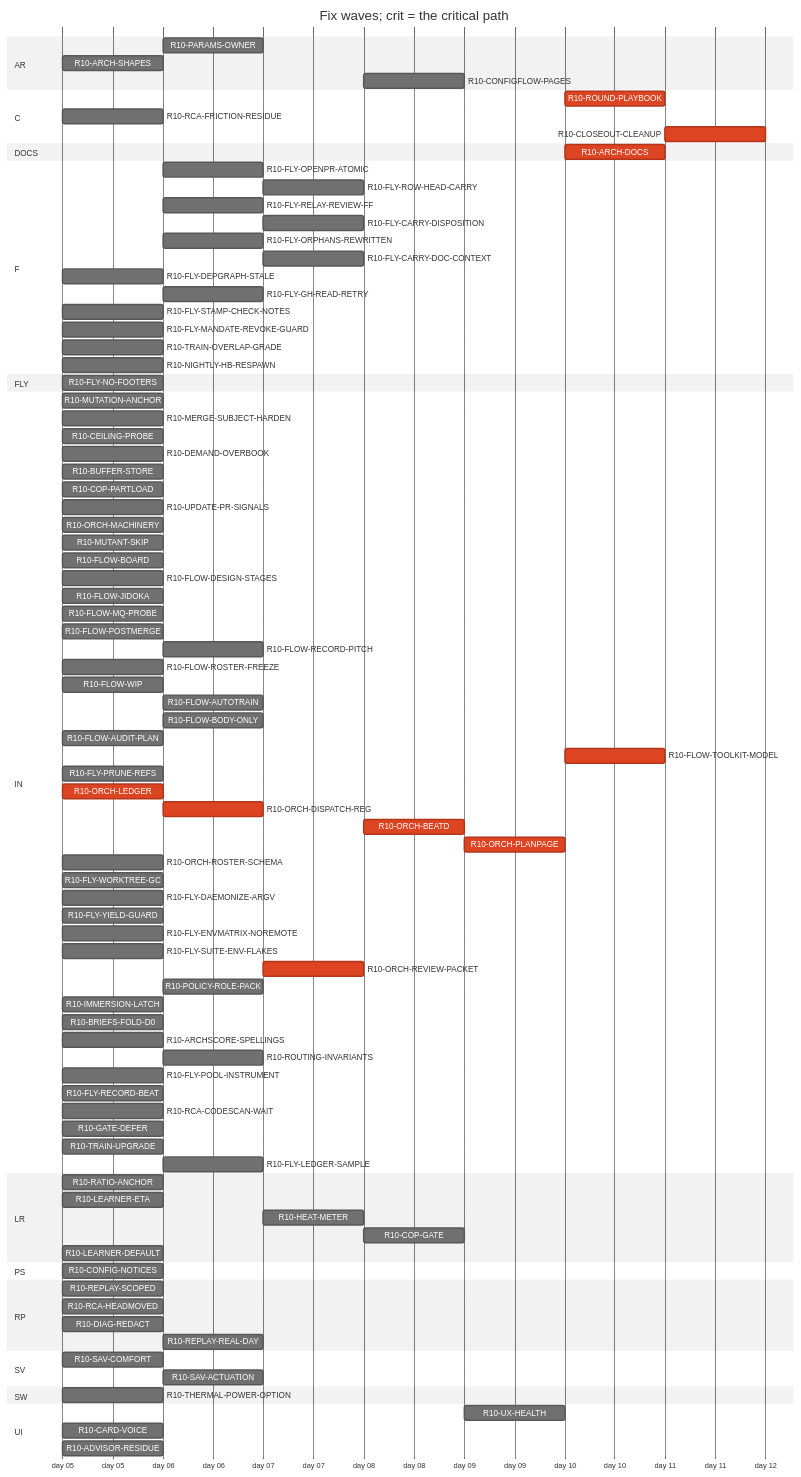
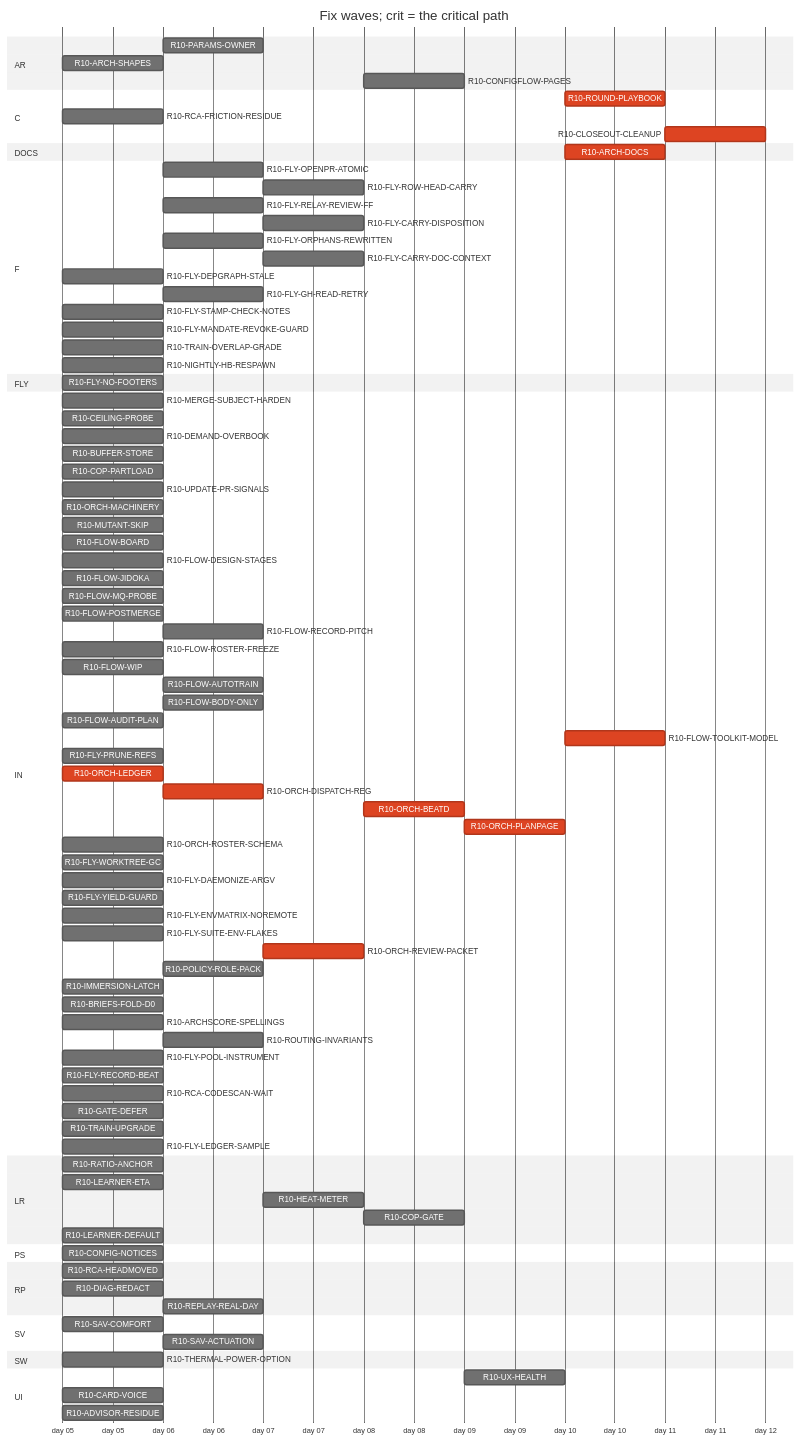
The diagram in handoff/round10/state/PLAN-TABLE.md (tvofi/heatpump_optimizer), drawn with Mermaid (neutral theme) before and after one commit. The commit also changed other lines of this file and 2 other files, not shown here.

```diff
--- a/handoff/round10/state/PLAN-TABLE.md
+++ b/handoff/round10/state/PLAN-TABLE.md
@@ -36,7 +36,7 @@
     R10-RCA-FRICTION-RESIDUE :r10RCAFRICTIONRESIDUE, 2026-01-05, 1d
     R10-CLOSEOUT-CLEANUP :crit, r10CLOSEOUTCLEANUP, after r10FLYPRUNEREFS r10FLYWORKTREEGC r10ARCHDOCS r10ROUNDPLAYBOOK, 1d
   section DOCS
-    R10-ARCH-DOCS :crit, r10ARCHDOCS, after r10RATIOANCHOR r10CONFIGNOTICES r10PARAMSOWNER r10ARCHSHAPES r10LEARNERETA r10HEATMETER r10COPGATE r10UXHEALTH r10CONFIGFLOWPAGES r10REPLAYSCOPED r10RCAHEADMOVED r10SAVCOMFORT r10MUTATIONANCHOR r10MERGESUBJECTHARDEN r10CEILINGPROBE r10DEMANDOVERBOOK r10BUFFERSTORE r10COPPARTLOAD r10UPDATEPRSIGNALS r10CARDVOICE r10THERMALPOWEROPTION r10LEARNERDEFAULT r10MUTANTSKIP r10FLOWBOARD r10FLOWDESIGNSTAGES r10FLOWJIDOKA r10FLOWMQPROBE r10FLOWPOSTMERGE r10FLOWRECORDPITCH r10FLOWROSTERFREEZE r10FLOWWIP r10FLOWAUTOTRAIN r10FLOWBODYONLY r10FLYOPENPRATOMIC r10FLYROWHEADCARRY r10FLOWAUDITPLAN r10FLYRELAYREVIEWFF r10FLYCARRYDISPOSITION r10FLYORPHANSREWRITTEN r10FLYCARRYDOCCONTEXT r10FLYDEPGRAPHSTALE r10FLOWTOOLKITMODEL r10FLYSTAMPCHECKNOTES r10FLYMANDATEREVOKEGUARD r10RCAFRICTIONRESIDUE r10TRAINOVERLAPGRADE r10NIGHTLYHBRESPAWN r10FLYPRUNEREFS r10ORCHLEDGER r10ORCHDISPATCHREG r10ORCHBEATD r10ORCHPLANPAGE r10ORCHROSTERSCHEMA r10FLYWORKTREEGC r10FLYDAEMONIZEARGV r10FLYYIELDGUARD r10FLYENVMATRIXNOREMOTE r10ORCHREVIEWPACKET r10POLICYROLEPACK r10IMMERSIONLATCH r10DIAGREDACT r10ADVISORRESIDUE r10BRIEFSFOLDD0 r10REPLAYREALDAY r10ARCHSCORESPELLINGS r10ROUTINGINVARIANTS r10SAVACTUATION r10FLYPOOLINSTRUMENT r10FLYRECORDBEAT r10RCACODESCANWAIT r10GATEDEFER r10TRAINUPGRADE r10FLYLEDGERSAMPLE, 1d
+    R10-ARCH-DOCS :crit, r10ARCHDOCS, after r10RATIOANCHOR r10CONFIGNOTICES r10PARAMSOWNER r10ARCHSHAPES r10LEARNERETA r10HEATMETER r10COPGATE r10UXHEALTH r10CONFIGFLOWPAGES r10RCAHEADMOVED r10SAVCOMFORT r10MERGESUBJECTHARDEN r10CEILINGPROBE r10DEMANDOVERBOOK r10BUFFERSTORE r10COPPARTLOAD r10UPDATEPRSIGNALS r10CARDVOICE r10THERMALPOWEROPTION r10LEARNERDEFAULT r10MUTANTSKIP r10FLOWBOARD r10FLOWDESIGNSTAGES r10FLOWJIDOKA r10FLOWMQPROBE r10FLOWPOSTMERGE r10FLOWRECORDPITCH r10FLOWROSTERFREEZE r10FLOWWIP r10FLOWAUTOTRAIN r10FLOWBODYONLY r10FLYOPENPRATOMIC r10FLYROWHEADCARRY r10FLOWAUDITPLAN r10FLYRELAYREVIEWFF r10FLYCARRYDISPOSITION r10FLYORPHANSREWRITTEN r10FLYCARRYDOCCONTEXT r10FLYDEPGRAPHSTALE r10FLOWTOOLKITMODEL r10FLYSTAMPCHECKNOTES r10FLYMANDATEREVOKEGUARD r10RCAFRICTIONRESIDUE r10TRAINOVERLAPGRADE r10NIGHTLYHBRESPAWN r10FLYPRUNEREFS r10ORCHLEDGER r10ORCHDISPATCHREG r10ORCHBEATD r10ORCHPLANPAGE r10ORCHROSTERSCHEMA r10FLYWORKTREEGC r10FLYDAEMONIZEARGV r10FLYYIELDGUARD r10FLYENVMATRIXNOREMOTE r10ORCHREVIEWPACKET r10POLICYROLEPACK r10IMMERSIONLATCH r10DIAGREDACT r10ADVISORRESIDUE r10BRIEFSFOLDD0 r10REPLAYREALDAY r10ARCHSCORESPELLINGS r10ROUTINGINVARIANTS r10SAVACTUATION r10FLYPOOLINSTRUMENT r10FLYRECORDBEAT r10RCACODESCANWAIT r10GATEDEFER r10TRAINUPGRADE r10FLYLEDGERSAMPLE, 1d
   section F
     R10-FLY-OPENPR-ATOMIC :r10FLYOPENPRATOMIC, after r10UPDATEPRSIGNALS, 1d
     R10-FLY-ROW-HEAD-CARRY :r10FLYROWHEADCARRY, after r10FLYOPENPRATOMIC r10FLOWMQPROBE, 1d
@@ -53,7 +53,6 @@
   section FLY
     R10-FLY-NO-FOOTERS :r10FLYNOFOOTERS, 2026-01-05, 1d
   section IN
-    R10-MUTATION-ANCHOR :r10MUTATIONANCHOR, 2026-01-05, 1d
     R10-MERGE-SUBJECT-HARDEN :r10MERGESUBJECTHARDEN, 2026-01-05, 1d
     R10-CEILING-PROBE :r10CEILINGPROBE, 2026-01-05, 1d
     R10-DEMAND-OVERBOOK :r10DEMANDOVERBOOK, 2026-01-05, 1d
@@ -96,7 +95,7 @@
     R10-RCA-CODESCAN-WAIT :r10RCACODESCANWAIT, 2026-01-05, 1d
     R10-GATE-DEFER :r10GATEDEFER, 2026-01-05, 1d
     R10-TRAIN-UPGRADE :r10TRAINUPGRADE, 2026-01-05, 1d
-    R10-FLY-LEDGER-SAMPLE :r10FLYLEDGERSAMPLE, after r10MUTATIONANCHOR, 1d
+    R10-FLY-LEDGER-SAMPLE :r10FLYLEDGERSAMPLE, 2026-01-05, 1d
   section LR
     R10-RATIO-ANCHOR :r10RATIOANCHOR, 2026-01-05, 1d
     R10-LEARNER-ETA :r10LEARNERETA, 2026-01-05, 1d
@@ -106,10 +105,9 @@
   section PS
     R10-CONFIG-NOTICES :r10CONFIGNOTICES, 2026-01-05, 1d
   section RP
-    R10-REPLAY-SCOPED :r10REPLAYSCOPED, 2026-01-05, 1d
     R10-RCA-HEADMOVED :r10RCAHEADMOVED, 2026-01-05, 1d
     R10-DIAG-REDACT :r10DIAGREDACT, 2026-01-05, 1d
-    R10-REPLAY-REAL-DAY :r10REPLAYREALDAY, after r10REPLAYSCOPED r10DIAGREDACT, 1d
+    R10-REPLAY-REAL-DAY :r10REPLAYREALDAY, after r10DIAGREDACT, 1d
   section SV
     R10-SAV-COMFORT :r10SAVCOMFORT, 2026-01-05, 1d
     R10-SAV-ACTUATION :r10SAVACTUATION, after r10SAVCOMFORT, 1d
```
